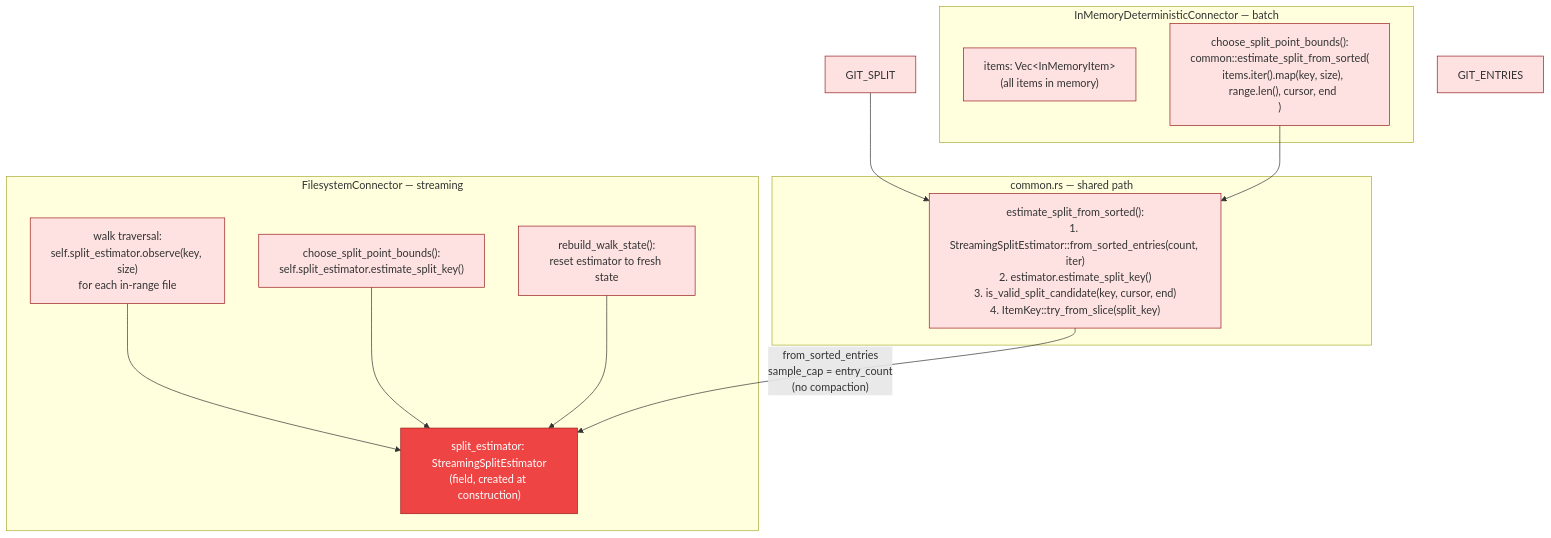
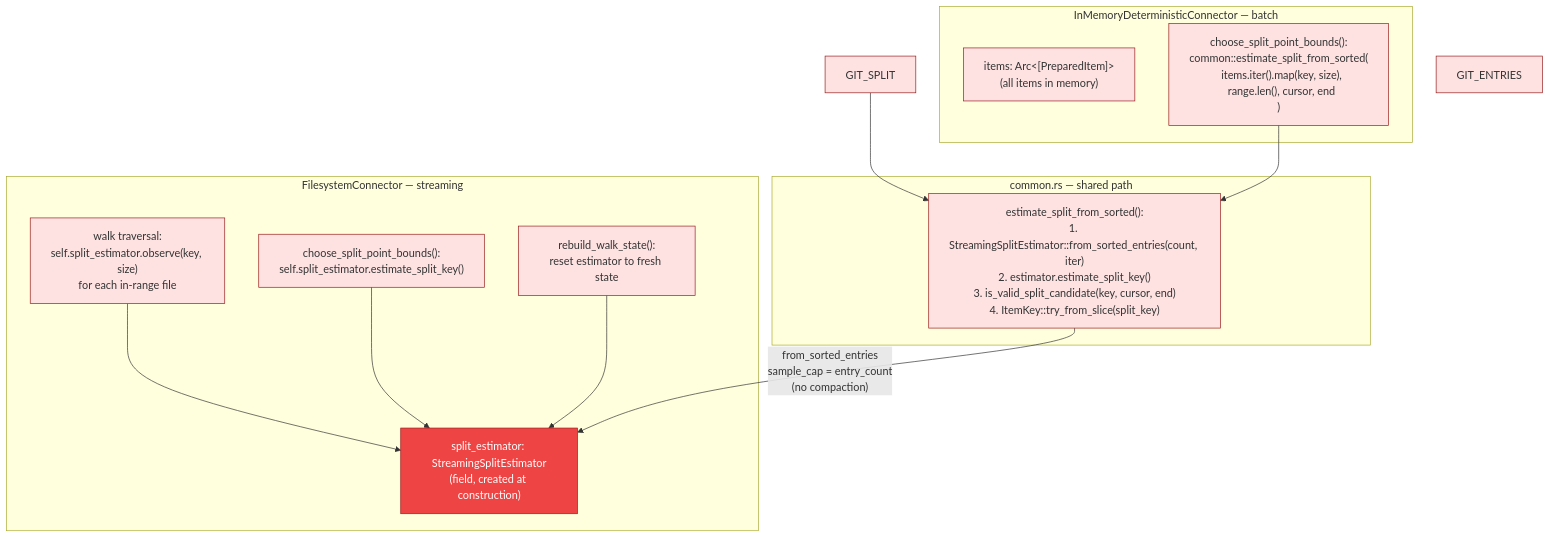
One commit to ahrav/Gossip-rs changed the fifth of 5 diagrams in diagrams/18-streaming-split-estimation.md. Above: the diagram before and after it, drawn with Mermaid. The commit also changed other lines of this file, not shown here.

Commit message:
docs: audit drift fixes [batch-84]
Auto-fix file inventories, type counts, identifier renames, and
cross-references for batch-84 boundary docs.

````diff
--- a/diagrams/18-streaming-split-estimation.md
+++ b/diagrams/18-streaming-split-estimation.md
@@ -297,37 +297,37 @@
 ```mermaid
 %% Diagram: connector-integration
 graph TD
     subgraph FS ["FilesystemConnector — streaming"]
         FS_FIELD["split_estimator: StreamingSplitEstimator<br/>(field, created at construction)"]
         FS_ENUM["walk traversal:<br/>self.split_estimator.observe(key, size)<br/>for each in-range file"]
         FS_SPLIT["choose_split_point_bounds():<br/>self.split_estimator.estimate_split_key()"]
         FS_RESET["rebuild_walk_state():<br/>reset estimator to fresh state"]
     end
 
     subgraph MEM ["InMemoryDeterministicConnector — batch"]
-        MEM_ITEMS["items: Vec&lt;InMemoryItem&gt;<br/>(all items in memory)"]
+        MEM_ITEMS["items: Arc&lt;[PreparedItem]&gt;<br/>(all items in memory)"]
         MEM_SPLIT["choose_split_point_bounds():<br/>common::estimate_split_from_sorted(<br/>  items.iter().map(key, size),<br/>  range.len(), cursor, end<br/>)"]
     end
 
     subgraph Common ["common.rs — shared path"]
         EST_SORTED["estimate_split_from_sorted():<br/>1. StreamingSplitEstimator::from_sorted_entries(count, iter)<br/>2. estimator.estimate_split_key()<br/>3. is_valid_split_candidate(key, cursor, end)<br/>4. ItemKey::try_from_slice(split_key)"]
     end
 
     FS_ENUM --> FS_FIELD
     FS_SPLIT --> FS_FIELD
     FS_RESET --> FS_FIELD
 
     GIT_SPLIT --> EST_SORTED
     MEM_SPLIT --> EST_SORTED
     EST_SORTED -->|"from_sorted_entries<br/>sample_cap = entry_count<br/>(no compaction)"| FS_FIELD
 
     style FS_FIELD fill:#EF4444,stroke:#991B1B,color:#fff
     style FS_ENUM fill:#FEE2E2,stroke:#991B1B
     style FS_SPLIT fill:#FEE2E2,stroke:#991B1B
     style FS_RESET fill:#FEE2E2,stroke:#991B1B
     style GIT_ENTRIES fill:#FEE2E2,stroke:#991B1B
     style GIT_SPLIT fill:#FEE2E2,stroke:#991B1B
     style MEM_ITEMS fill:#FEE2E2,stroke:#991B1B
     style MEM_SPLIT fill:#FEE2E2,stroke:#991B1B
     style EST_SORTED fill:#FEE2E2,stroke:#991B1B
 ```
````
